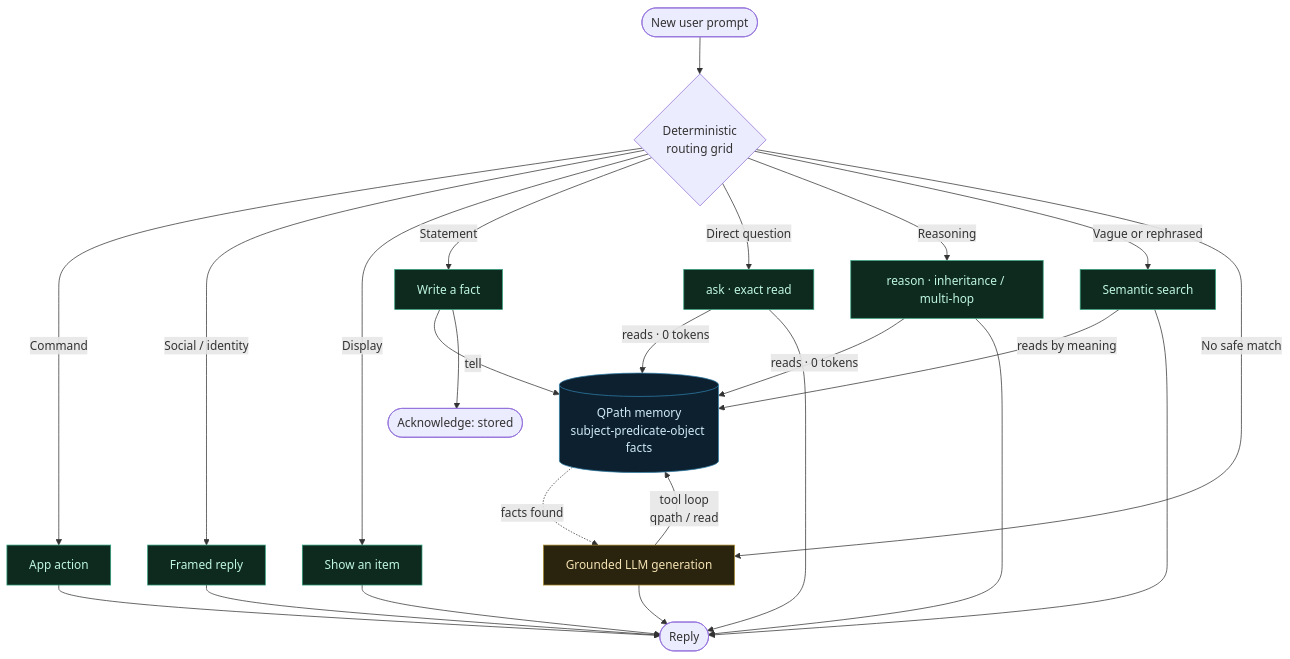
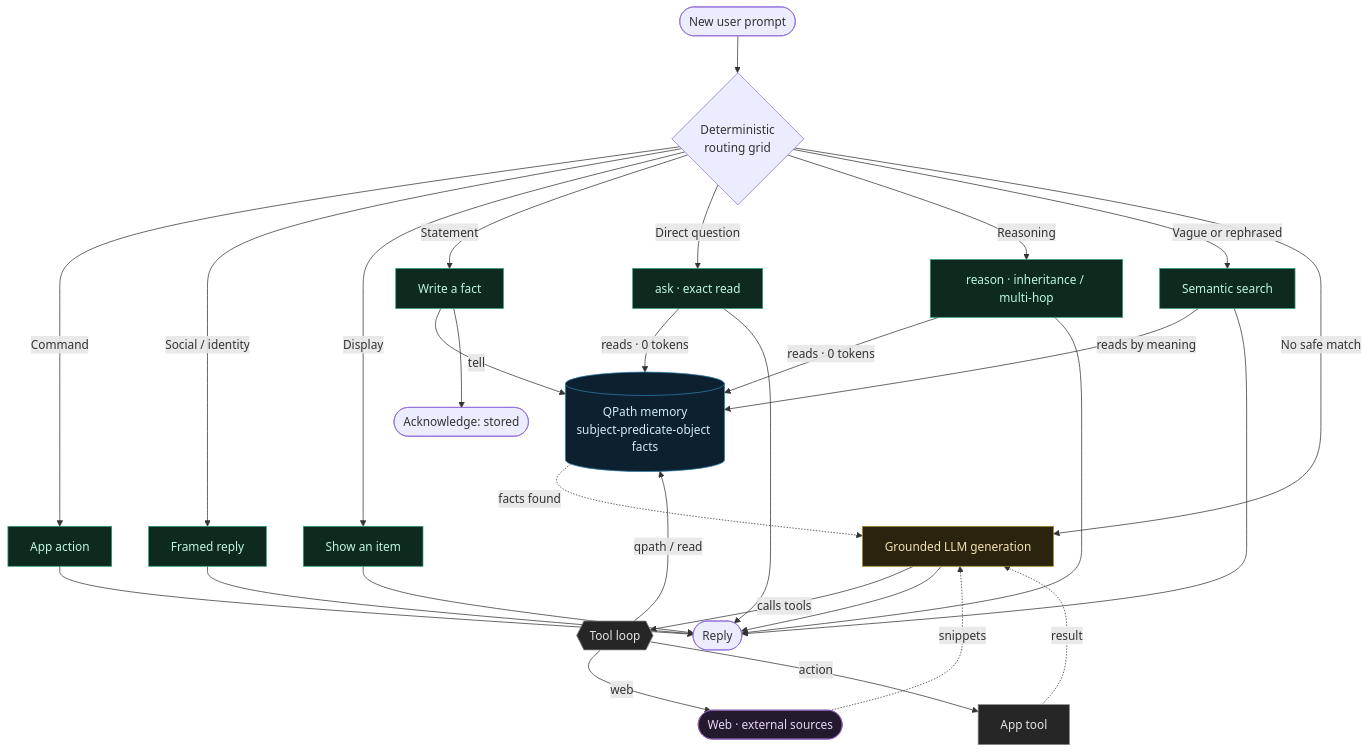
The diagram in en/prompt-lifecycle.md (bmarcella/libXn_Doc), drawn with Mermaid before and after one commit. The commit also changed other lines of this file and 1 other file, not shown here.

First line of the commit message:
docs(prompt-lifecycle): ajoute la recherche web et les outils à la boucle du LLM

````diff
--- a/en/prompt-lifecycle.md
+++ b/en/prompt-lifecycle.md
@@ -11,36 +11,45 @@
 ```mermaid
 flowchart TD
   U([New user prompt]) --> R{Deterministic<br/>routing grid}
 
   R -->|Command| CMD[App action]
   R -->|Social / identity| SOC[Framed reply]
   R -->|Display| DISP[Show an item]
   R -->|Statement| WRITE[Write a fact]
   R -->|Direct question| ASK[ask · exact read]
   R -->|Reasoning| REASON[reason · inheritance / multi-hop]
   R -->|Vague or rephrased| RAG[Semantic search]
   R -->|No safe match| LLM[Grounded LLM generation]
 
   WRITE -->|tell| KB[("QPath memory<br/>subject-predicate-object facts")]
   ASK -->|reads · 0 tokens| KB
   REASON -->|reads · 0 tokens| KB
   RAG -->|reads by meaning| KB
-  LLM -->|tool loop<br/>qpath / read| KB
+  LLM -->|calls tools| TL{{Tool loop}}
+  TL -->|qpath / read| KB
+  TL -->|web| WEB([Web · external sources])
+  TL -->|action| ACT[App tool]
   KB -.->|facts found| LLM
+  WEB -.->|snippets| LLM
+  ACT -.->|result| LLM
 
   WRITE --> ACK([Acknowledge: stored])
   CMD --> OUT([Reply])
   SOC --> OUT
   DISP --> OUT
   ASK --> OUT
   REASON --> OUT
   RAG --> OUT
   LLM --> OUT
 
   classDef zero fill:#0e2a1f,stroke:#2f9e7a,color:#bff6e2;
   classDef gen fill:#2a230e,stroke:#a98a2f,color:#f3e2b3;
   classDef mem fill:#0d2030,stroke:#2f7fa9,color:#cfe9f7;
+  classDef ext fill:#241a2e,stroke:#8a5cb0,color:#e6d4f5;
+  classDef tool fill:#262626,stroke:#888,color:#e6e6e6;
   class CMD,SOC,DISP,WRITE,ASK,REASON,RAG zero;
   class LLM gen;
   class KB mem;
+  class WEB ext;
+  class TL,ACT tool;
 ```
````
